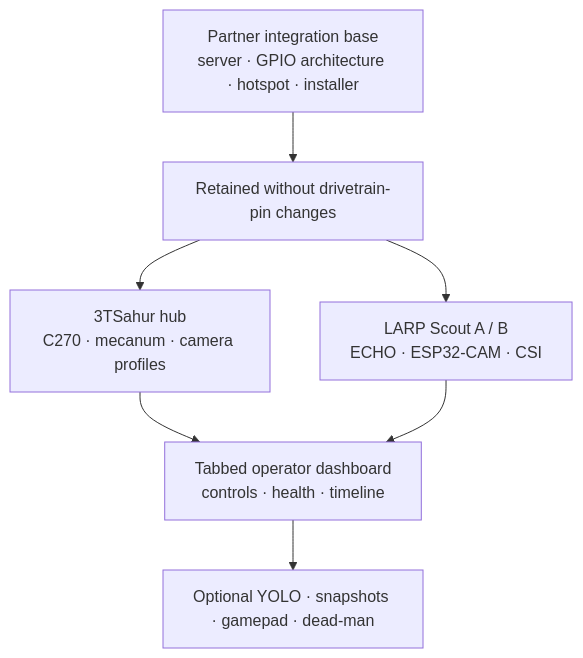
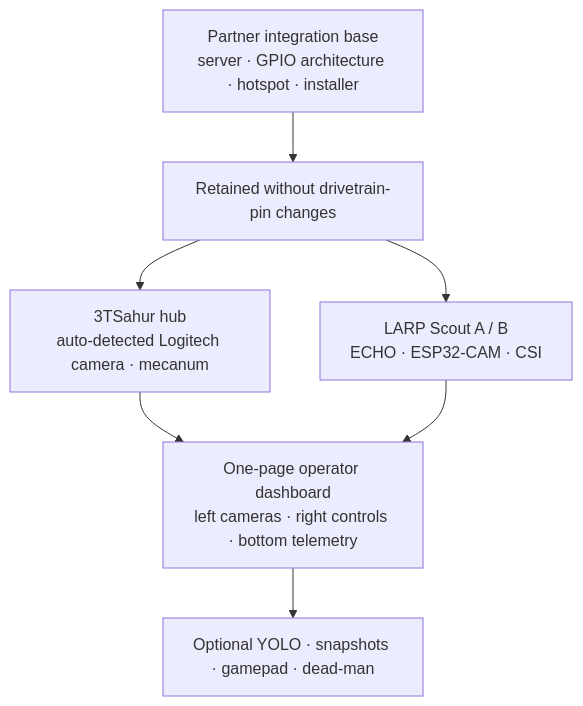
One commit to AloeVeraZ/CityTechClubProjects changed the fourth of 7 diagrams in stem-research-academy/README.md. Above: the diagram before and after it, drawn with Mermaid. The commit also changed other lines of this file and 15 other files, not shown here.

````diff
--- a/stem-research-academy/README.md
+++ b/stem-research-academy/README.md
@@ -137,9 +174,9 @@
 ```mermaid
 flowchart TB
     Base["Partner integration base\nserver · GPIO architecture · hotspot · installer"] --> Retained["Retained without drivetrain-pin changes"]
-    Retained --> Hub["3TSahur hub\nC270 · mecanum · camera profiles"]
+    Retained --> Hub["3TSahur hub\nauto-detected Logitech camera · mecanum"]
     Retained --> Scouts["LARP Scout A / B\nECHO · ESP32-CAM · CSI"]
-    Hub --> Dashboard["Tabbed operator dashboard\ncontrols · health · timeline"]
+    Hub --> Dashboard["One-page operator dashboard\nleft cameras · right controls · bottom telemetry"]
     Scouts --> Dashboard
     Dashboard --> Optional["Optional YOLO · snapshots · gamepad · dead-man"]
 ```
````
